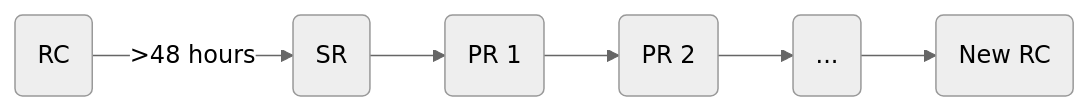
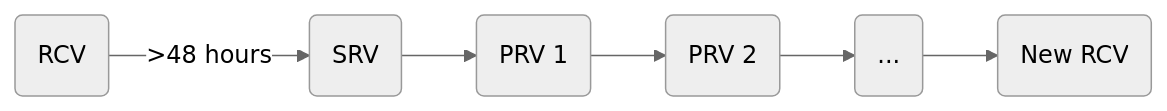
One commit to grafana/agent changed the diagram in docs/developer/release/README.md. Above: the diagram before and after it, drawn with Mermaid (neutral theme). The commit also changed other lines of this file and 3 other files, not shown here.

````diff
--- a/docs/developer/release/README.md
+++ b/docs/developer/release/README.md
@@ -28,8 +43,8 @@
 ```mermaid
 flowchart LR
-    A(RC) -->|>48 hours| B(SR)
-    B --> C(PR 1)
-    C --> D(PR 2)
+    A(RCV) -->|>48 hours| B(SRV)
+    B --> C(PRV 1)
+    C --> D(PRV 2)
     D --> E(...)
-    E --> F(New RC)
+    E --> F(New RCV)
 ```
````
